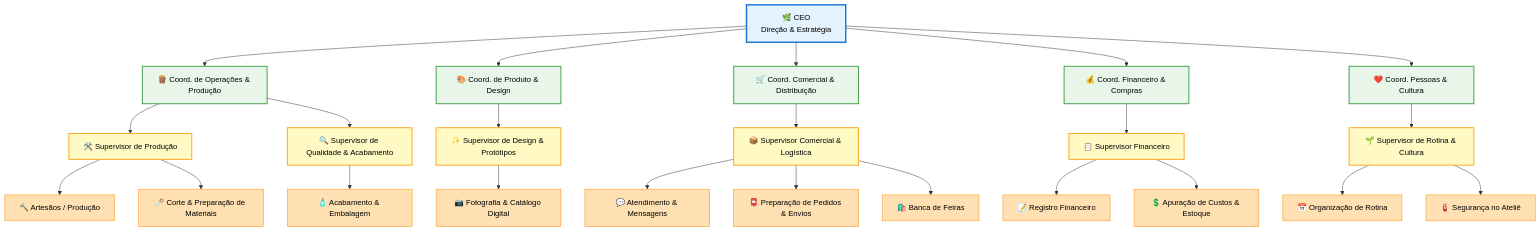
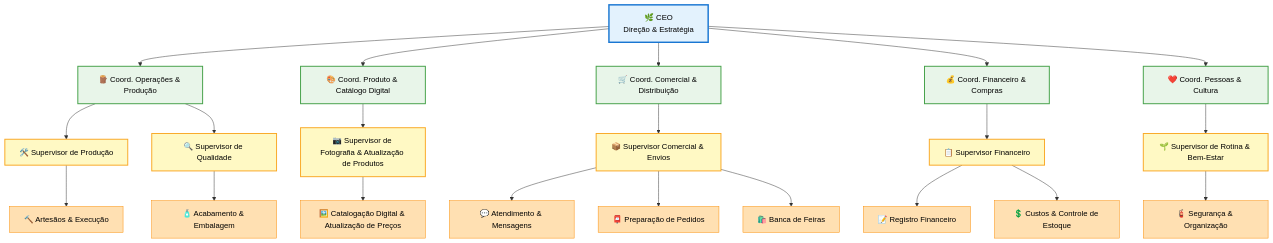
One commit to skatesham/handbook-ecocria changed the diagram in docs/estrutura.md. Above: the diagram before and after it, drawn with Mermaid. The commit also changed other lines of this file and 3 other files, not shown here.

````diff
--- a/docs/estrutura.md
+++ b/docs/estrutura.md
@@ -23,83 +32,70 @@
 ```mermaid
 graph TB
-    %% -------------------------
-    %% NÍVEL ESTRATÉGICO
-    %% -------------------------
+    %% ================= NÍVEL ESTRATÉGICO =================
     CEO[🌿 CEO<br/>Direção & Estratégia]
 
-    %% Filhos estratégicos (Áreas Táticas)
-    CEO --> PROD_TAT[🪵 Coord. de Operações & Produção]
-    CEO --> DESIGN_TAT[🎨 Coord. de Produto & Design]
+    %% Filhos Estratégicos → Áreas Táticas
+    CEO --> PROD_TAT[🪵 Coord. Operações & Produção]
+    CEO --> PRODUTO_TAT[🎨 Coord. Produto & Catálogo Digital]
     CEO --> COM_TAT[🛒 Coord. Comercial & Distribuição]
     CEO --> FIN_TAT[💰 Coord. Financeiro & Compras]
     CEO --> PESS_TAT[❤️ Coord. Pessoas & Cultura]
 
-    %% -------------------------
-    %% NÍVEL TÁTICO  → GERENCIAL
-    %% -------------------------
+    %% ================= NÍVEL TÁTICO → GERENCIAL =================
     PROD_TAT --> PROD_GER[🛠️ Supervisor de Produção]
-    PROD_TAT --> QUALI_GER[🔍 Supervisor de Qualidade & Acabamento]
+    PROD_TAT --> QUALI_GER[🔍 Supervisor de Qualidade]
 
-    DESIGN_TAT --> DESIGN_GER[✨ Supervisor de Design & Protótipos]
+    PRODUTO_TAT --> FOTO_GER[📷 Supervisor de Fotografia & Atualização de Produtos]
 
-    COM_TAT --> COM_GER[📦 Supervisor Comercial & Logística]
+    COM_TAT --> COM_GER[📦 Supervisor Comercial & Envios]
 
     FIN_TAT --> FIN_GER[📋 Supervisor Financeiro]
 
-    PESS_TAT --> PESS_GER[🌱 Supervisor de Rotina & Cultura]
+    PESS_TAT --> ROTINA_GER[🌱 Supervisor de Rotina & Bem-Estar]
 
-    %% -------------------------
-    %% NÍVEL GERENCIAL → OPERACIONAL
-    %% -------------------------
-    PROD_GER --> ARTESAOS[🔨 Artesãos / Produção]
-    PROD_GER --> MATERIAIS[🪚 Corte & Preparação de Materiais]
-
+    %% ================= NÍVEL GERENCIAL → OPERACIONAL =================
+    PROD_GER --> ARTESAOS[🔨 Artesãos & Execução]
     QUALI_GER --> ACABA[🧴 Acabamento & Embalagem]
 
-    DESIGN_GER --> FOTOS[📷 Fotografia & Catálogo Digital]
+    FOTO_GER --> DIGITAL[🖼️ Catalogação Digital & Atualização de Preços]
 
     COM_GER --> ATEND[💬 Atendimento & Mensagens]
-    COM_GER --> ENVIO[📮 Preparação de Pedidos & Envios]
+    COM_GER --> ENVIO[📮 Preparação de Pedidos]
     COM_GER --> FEIRA[🛍️ Banca de Feiras]
 
     FIN_GER --> REG_FIN[📝 Registro Financeiro]
-    FIN_GER --> CUSTOS[💲 Apuração de Custos & Estoque]
+    FIN_GER --> CUSTOS[💲 Custos & Controle de Estoque]
 
-    PESS_GER --> ROTINA[📅 Organização de Rotina]
-    PESS_GER --> SEG_ATELIER[🧯 Segurança no Ateliê]
+    ROTINA_GER --> SEG_ATELIER[🧯 Segurança & Organização]
 
-    %% ============================================================
-    %% ======================== ESTILO =============================
-    %% ============================================================
-
-    %% Estratégico - Azul Claro
+    %% ================= CORES =================
+    %% Estratégico
     style CEO fill:#e3f2fd,stroke:#1976d2,stroke-width:3px,color:#000
 
-    %% Tático - Verde Claro
+    %% Tático
     style PROD_TAT fill:#e8f5e9,stroke:#43a047,stroke-width:2px,color:#000
-    style DESIGN_TAT fill:#e8f5e9,stroke:#43a047,stroke-width:2px,color:#000
+    style PRODUTO_TAT fill:#e8f5e9,stroke:#43a047,stroke-width:2px,color:#000
     style COM_TAT fill:#e8f5e9,stroke:#43a047,stroke-width:2px,color:#000
     style FIN_TAT fill:#e8f5e9,stroke:#43a047,stroke-width:2px,color:#000
     style PESS_TAT fill:#e8f5e9,stroke:#43a047,stroke-width:2px,color:#000
 
-    %% Gerencial - Amarelo Claro
+    %% Gerencial
     style PROD_GER fill:#fff9c4,stroke:#f9a825,stroke-width:2px,color:#000
     style QUALI_GER fill:#fff9c4,stroke:#f9a825,stroke-width:2px,color:#000
-    style DESIGN_GER fill:#fff9c4,stroke:#f9a825,stroke-width:2px,color:#000
+    style FOTO_GER fill:#fff9c4,stroke:#f9a825,stroke-width:2px,color:#000
     style COM_GER fill:#fff9c4,stroke:#f9a825,stroke-width:2px,color:#000
     style FIN_GER fill:#fff9c4,stroke:#f9a825,stroke-width:2px,color:#000
-    style PESS_GER fill:#fff9c4,stroke:#f9a825,stroke-width:2px,color:#000
+    style ROTINA_GER fill:#fff9c4,stroke:#f9a825,stroke-width:2px,color:#000
 
-    %% Operacional - Laranja Claro
+    %% Operacional
     style ARTESAOS fill:#ffe0b2,stroke:#fb8c00,stroke-width:1px,color:#000
-    style MATERIAIS fill:#ffe0b2,stroke:#fb8c00,stroke-width:1px,color:#000
     style ACABA fill:#ffe0b2,stroke:#fb8c00,stroke-width:1px,color:#000
-    style FOTOS fill:#ffe0b2,stroke:#fb8c00,stroke-width:1px,color:#000
+    style DIGITAL fill:#ffe0b2,stroke:#fb8c00,stroke-width:1px,color:#000
     style ATEND fill:#ffe0b2,stroke:#fb8c00,stroke-width:1px,color:#000
     style ENVIO fill:#ffe0b2,stroke:#fb8c00,stroke-width:1px,color:#000
     style FEIRA fill:#ffe0b2,stroke:#fb8c00,stroke-width:1px,color:#000
     style REG_FIN fill:#ffe0b2,stroke:#fb8c00,stroke-width:1px,color:#000
     style CUSTOS fill:#ffe0b2,stroke:#fb8c00,stroke-width:1px,color:#000
-    style ROTINA fill:#ffe0b2,stroke:#fb8c00,stroke-width:1px,color:#000
     style SEG_ATELIER fill:#ffe0b2,stroke:#fb8c00,stroke-width:1px,color:#000
+
 ```
````
